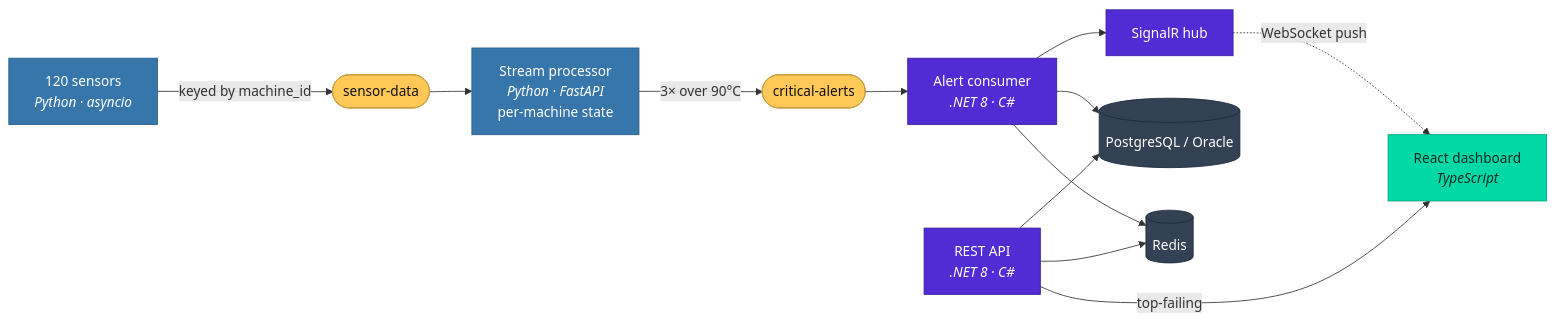
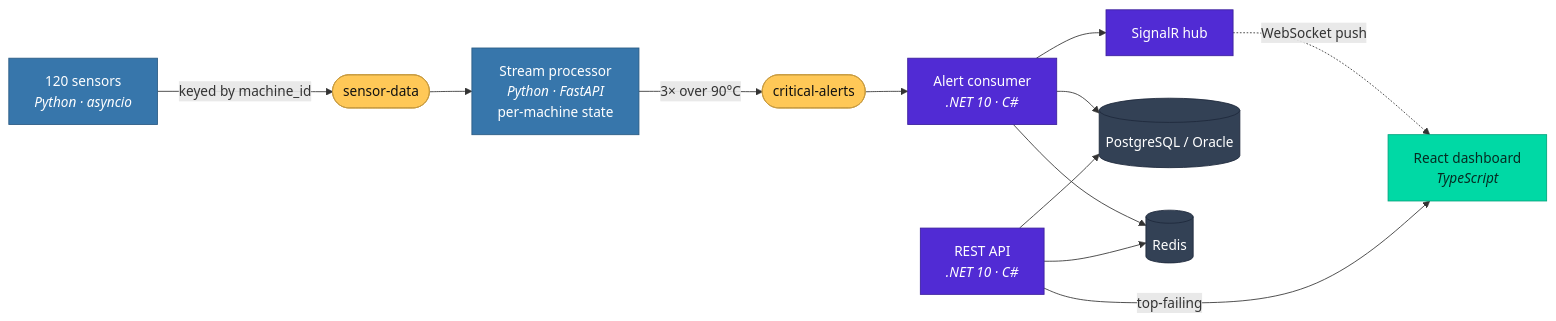
Before and after one commit to kristikomini/Motor-Valley-Sentinel: the diagram in README.md, drawn with Mermaid. The commit also changed other lines of this file and 4 other files, not shown here.

````diff
--- a/README.md
+++ b/README.md
@@ -15,28 +15,28 @@
 ```mermaid
 flowchart LR
     S["120 sensors<br/><i>Python · asyncio</i>"]:::py
     T1(["sensor-data"]):::kafka
     P["Stream processor<br/><i>Python · FastAPI</i><br/>per-machine state"]:::py
     T2(["critical-alerts"]):::kafka
-    C["Alert consumer<br/><i>.NET 8 · C#</i>"]:::net
-    API["REST API<br/><i>.NET 8 · C#</i>"]:::net
+    C["Alert consumer<br/><i>.NET 10 · C#</i>"]:::net
+    API["REST API<br/><i>.NET 10 · C#</i>"]:::net
     HUB["SignalR hub"]:::net
     DB[("PostgreSQL / Oracle")]:::infra
     R[("Redis")]:::infra
     UI["React dashboard<br/><i>TypeScript</i>"]:::ui
 
     S -->|keyed by machine_id| T1 --> P -->|3× over 90°C| T2 --> C
     C --> DB
     C --> R
     C --> HUB
     API --> R
     API --> DB
     HUB -.->|WebSocket push| UI
     API -->|top-failing| UI
 
     classDef py fill:#3776ab,stroke:#2b5b84,color:#fff
     classDef net fill:#512bd4,stroke:#3b1f9c,color:#fff
     classDef kafka fill:#ffc857,stroke:#c79a3f,color:#111
     classDef infra fill:#334155,stroke:#1e293b,color:#fff
     classDef ui fill:#00d9a5,stroke:#00a37c,color:#062b22
 ```
````
